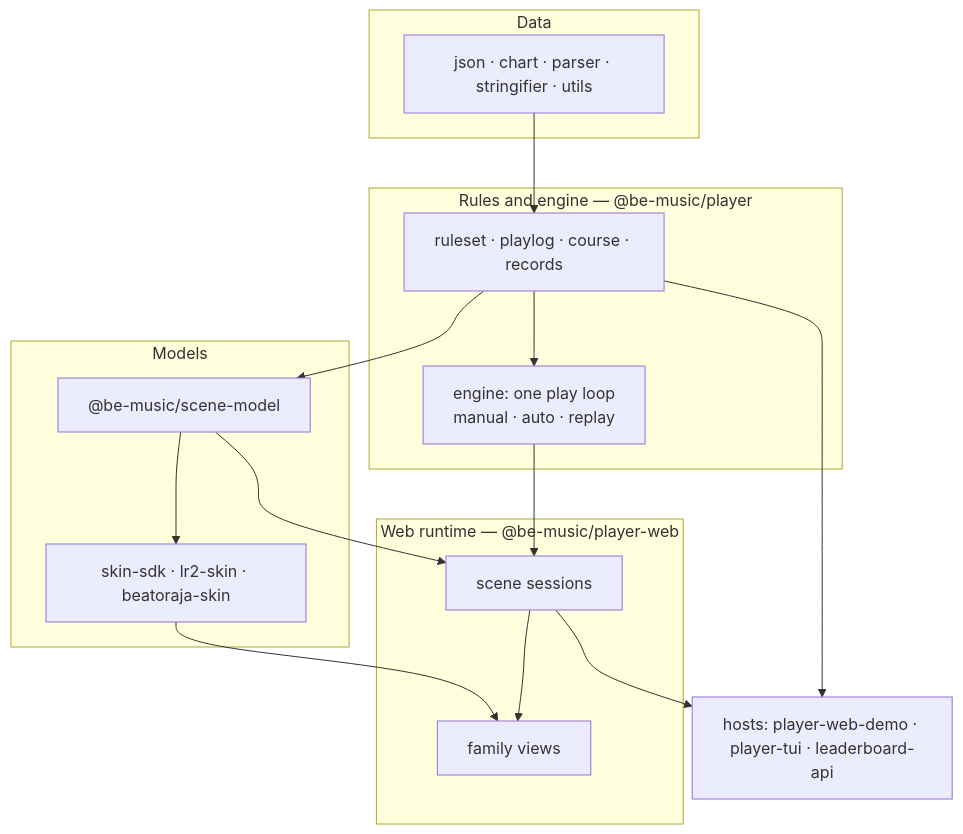
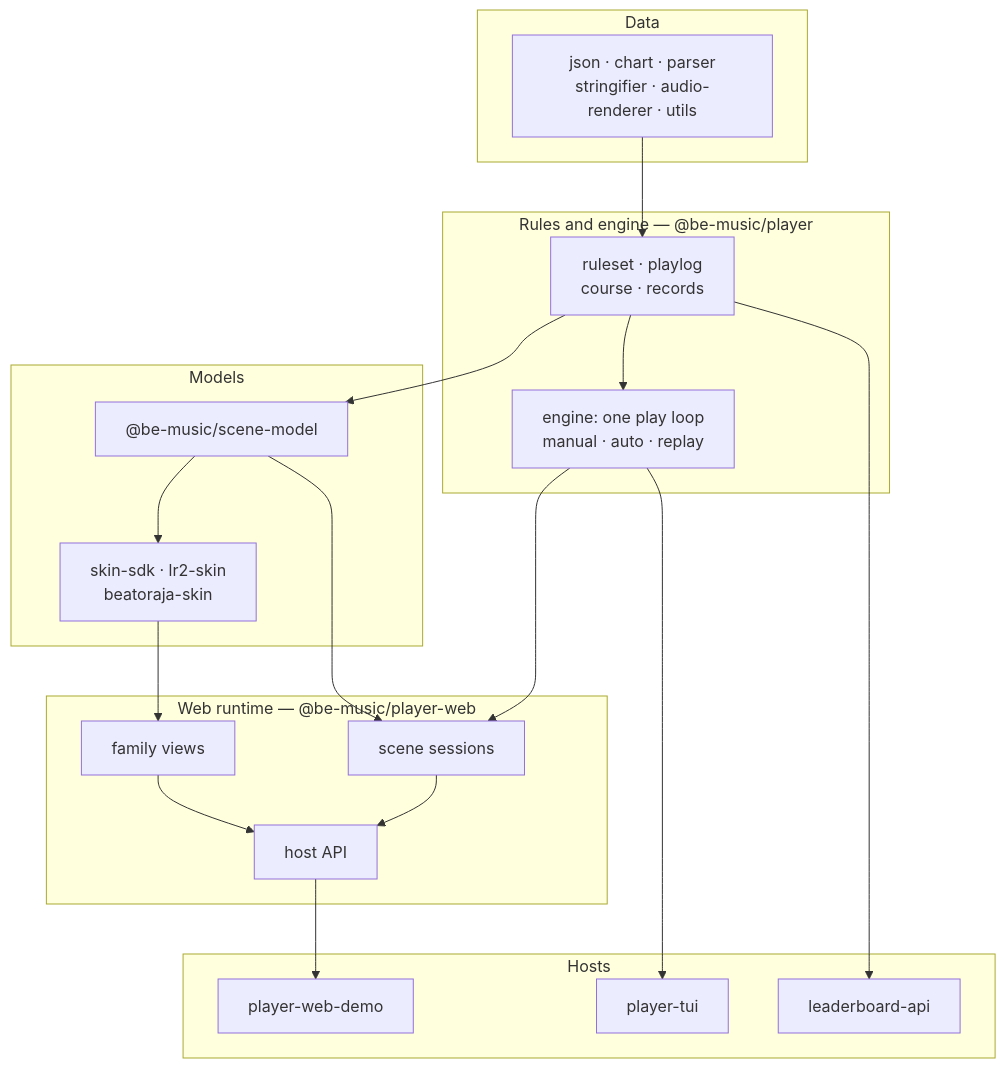
One commit to nulltask/be-music changed the third of 3 diagrams in docs/architecture.md. Above: the diagram before and after it, drawn with Mermaid. The commit also changed other lines of this file and 1 other file, not shown here.

First line of the commit message:
docs: describe the current package layers in architecture [ci skip]

````diff
--- a/docs/architecture.md
+++ b/docs/architecture.md
@@ -179,27 +179,35 @@
 ```mermaid
 flowchart TD
   subgraph data["Data"]
-    d["json · chart · parser · stringifier · utils"]
+    d["json · chart · parser<br/>stringifier · audio-renderer · utils"]
   end
   subgraph domain["Rules and engine — @be-music/player"]
-    rules["ruleset · playlog · course · records"]
+    rules["ruleset · playlog<br/>course · records"]
     engine["engine: one play loop<br/>manual · auto · replay"]
   end
   subgraph models["Models"]
     scene["@be-music/scene-model"]
-    skins["skin-sdk · lr2-skin · beatoraja-skin"]
+    skins["skin-sdk · lr2-skin<br/>beatoraja-skin"]
   end
   subgraph web["Web runtime — @be-music/player-web"]
     sessions["scene sessions"]
     views["family views"]
+    hostApi["host API"]
   end
-  hosts["hosts: player-web-demo · player-tui · leaderboard-api"]
+  subgraph hosts["Hosts"]
+    demo["player-web-demo"]
+    tui["player-tui"]
+    lb["leaderboard-api"]
+  end
 
   d --> rules --> engine
   rules --> scene --> skins
   engine --> sessions
-  scene --> sessions --> views
+  scene --> sessions
   skins --> views
-  sessions --> hosts
-  rules --> hosts
+  sessions --> hostApi
+  views --> hostApi
+  hostApi --> demo
+  engine --> tui
+  rules --> lb
 ```
````
